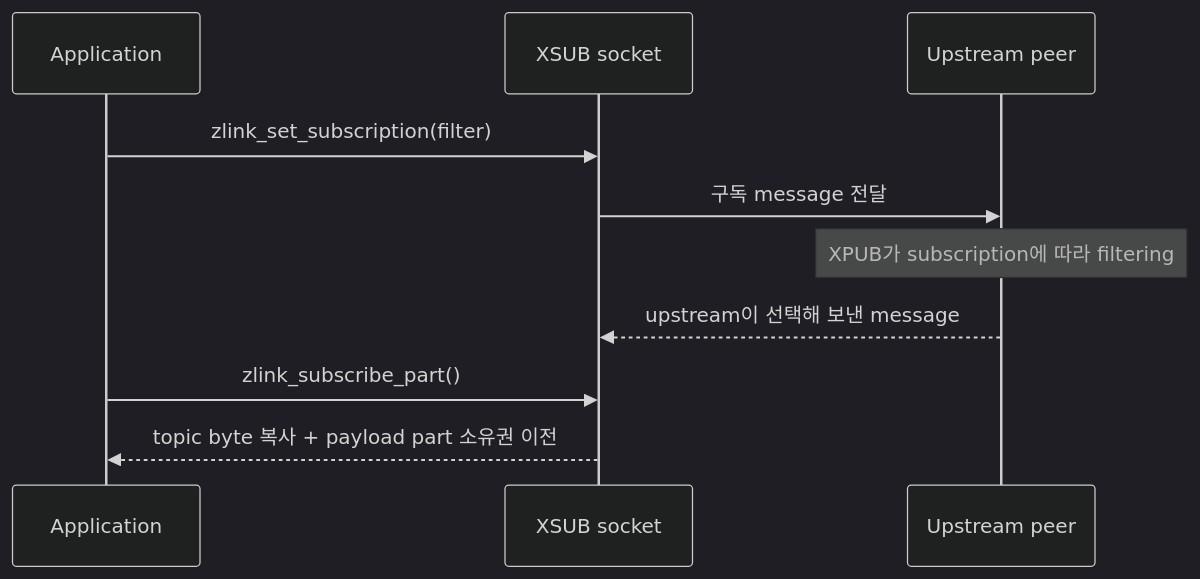
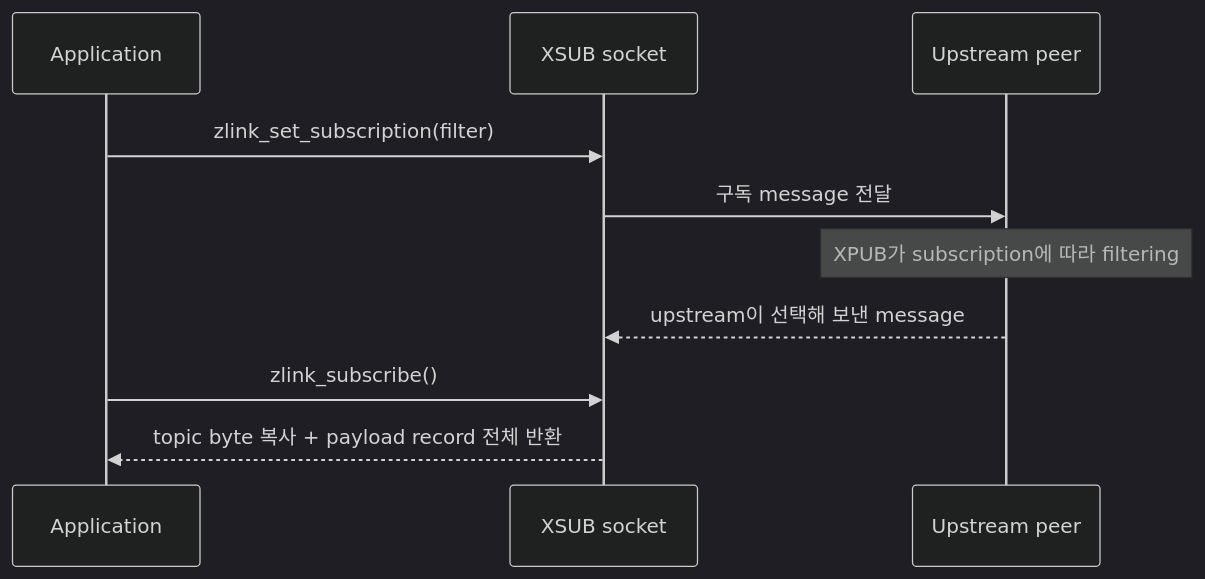
Before and after one commit to zlink-systems/zlink: the diagram in core/doc/spec/core/socket/05-xsub.ko.md, drawn with Mermaid (dark theme). The commit also changed other lines of this file and 34 other files, not shown here.

````diff
--- a/core/doc/spec/core/socket/05-xsub.ko.md
+++ b/core/doc/spec/core/socket/05-xsub.ko.md
@@ -53,12 +53,12 @@
 ```mermaid
 sequenceDiagram
     participant App as Application
     participant XSUB as XSUB socket
     participant Up as Upstream peer
     App->>XSUB: zlink_set_subscription(filter)
     XSUB->>Up: 구독 message 전달
     Note over Up: XPUB가 subscription에 따라 filtering
     Up-->>XSUB: upstream이 선택해 보낸 message
-    App->>XSUB: zlink_subscribe_part()
-    XSUB-->>App: topic byte 복사 + payload part 소유권 이전
+    App->>XSUB: zlink_subscribe()
+    XSUB-->>App: topic byte 복사 + payload record 전체 반환
 ```
````
